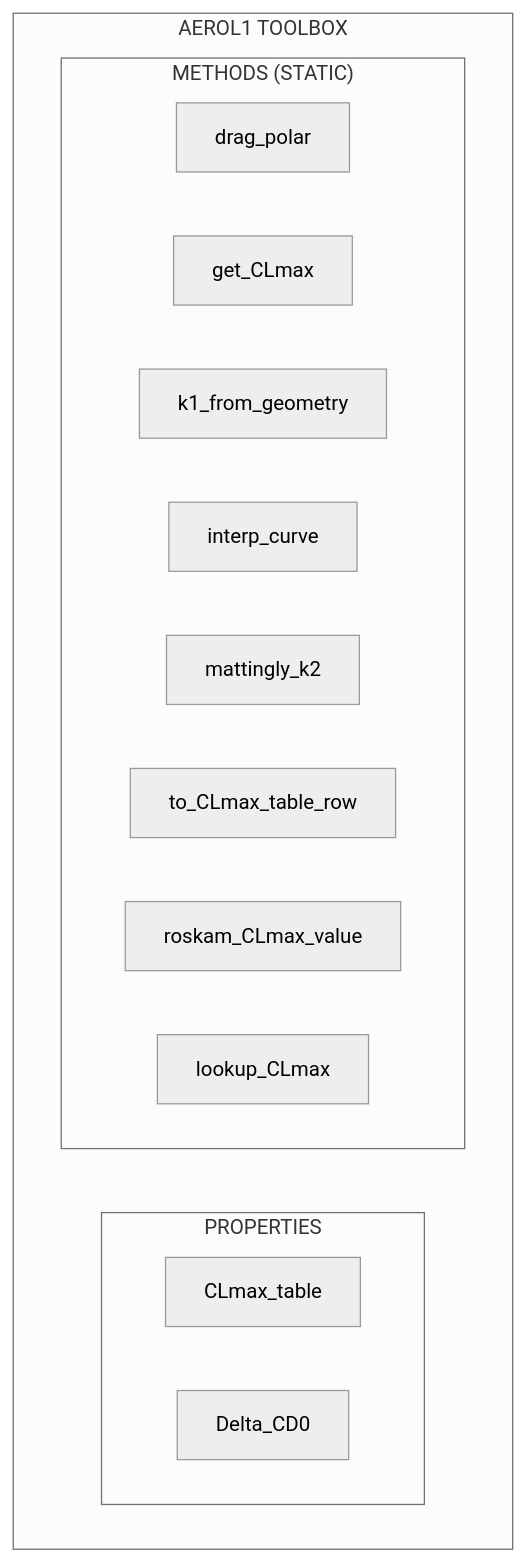
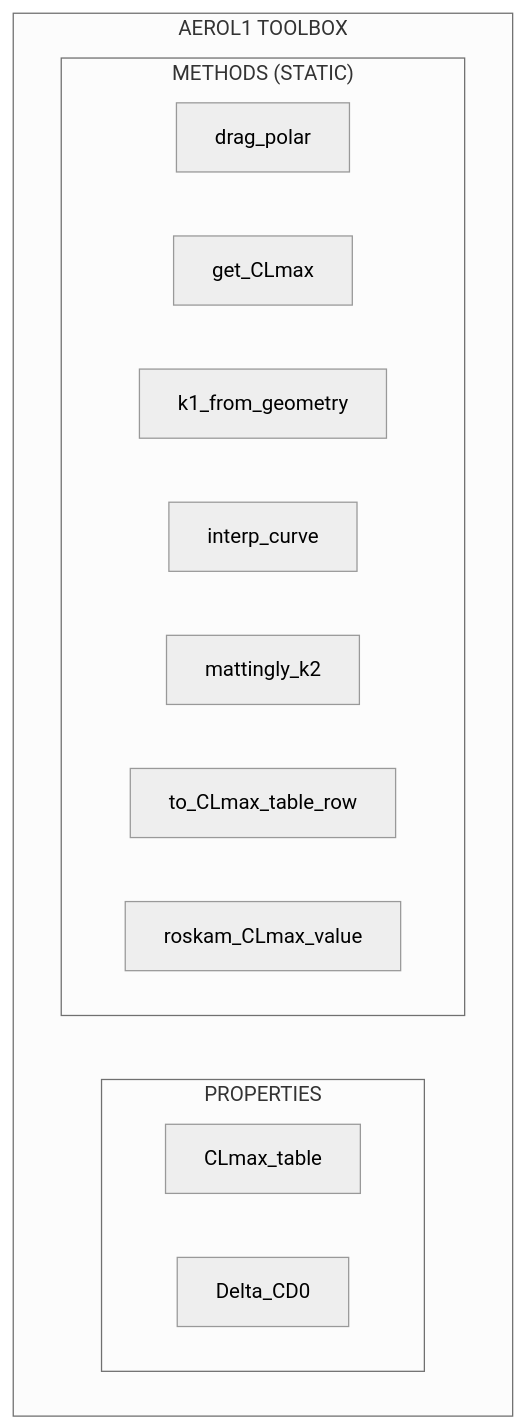
One commit to Idopt-Lab/air-vehicle-design changed the diagram in air_vehicle_design/sizing/docs/Mermaid_Diagrams/hand-made/AeroL1.md. Above: the diagram before and after it, drawn with Mermaid (neutral theme). The commit also changed 11 other files, not shown here.

````diff
--- a/air_vehicle_design/sizing/docs/Mermaid_Diagrams/hand-made/AeroL1.md
+++ b/air_vehicle_design/sizing/docs/Mermaid_Diagrams/hand-made/AeroL1.md
@@ -4,26 +4,25 @@
 ```mermaid
 flowchart TD
 
 subgraph AEROl1["AEROL1 TOOLBOX"]
     subgraph PROPERTIES["PROPERTIES"]
         direction LR
             CLMAX_TABLE["CLmax_table"]
             DELTACD0["Delta_CD0"]
     end
 
     subgraph METHODS_STATIC["METHODS (STATIC)"]
         direction LR
             DRAG_POLAR["drag_polar"]
             GET_CLMAX["get_CLmax"]
             K1_FROM_GEOM["k1_from_geometry"]
             INTERP_CURVE["interp_curve"]
             MATTINGLY_K2["mattingly_k2"]
             TO_CLMAX_TABLE_ROW["to_CLmax_table_row"]
             ROSKAM_CLMAX_VALUE["roskam_CLmax_value"]
-            LOOKUP_CLMAX["lookup_CLmax"]
     end
 end
 
 
 
 ```
````
